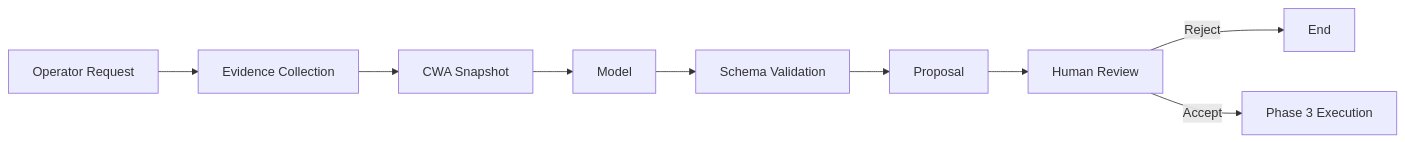
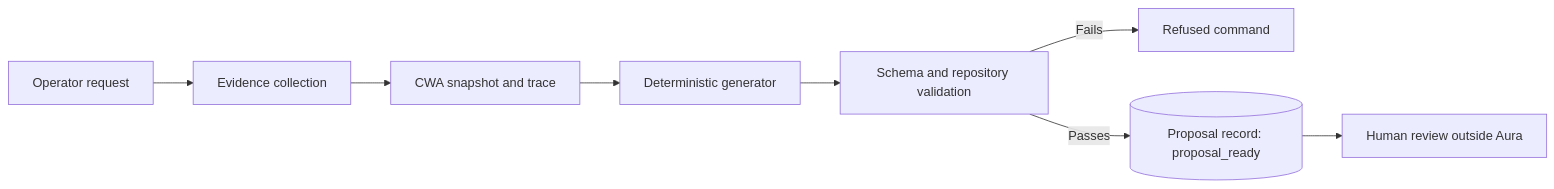
The diagram in docs/plans/05-phase-2-proposals.md (redhat-openshift-partner-labs/aura), drawn with Mermaid before and after one commit. The commit also changed other lines of this file and 3 other files, not shown here.

First line of the commit message:
docs(phase-2): revise proposal plan after validation

````diff
--- a/docs/plans/05-phase-2-proposals.md
+++ b/docs/plans/05-phase-2-proposals.md
@@ -29,11 +61,10 @@
 ```mermaid
 flowchart LR
-  O[Operator Request] --> E[Evidence Collection]
-  E --> C[CWA Snapshot]
-  C --> M[Model]
-  M --> V[Schema Validation]
-  V --> P[Proposal]
-  P --> R[Human Review]
-  R -->|Reject| A[End]
-  R -->|Accept| X[Phase 3 Execution]
+  O[Operator request] --> E[Evidence collection]
+  E --> C[CWA snapshot and trace]
+  C --> G[Deterministic generator]
+  G --> V[Schema and repository validation]
+  V -->|Fails| R[Refused command]
+  V -->|Passes| P[(Proposal record: proposal_ready)]
+  P --> H[Human review outside Aura]
 ```
````
